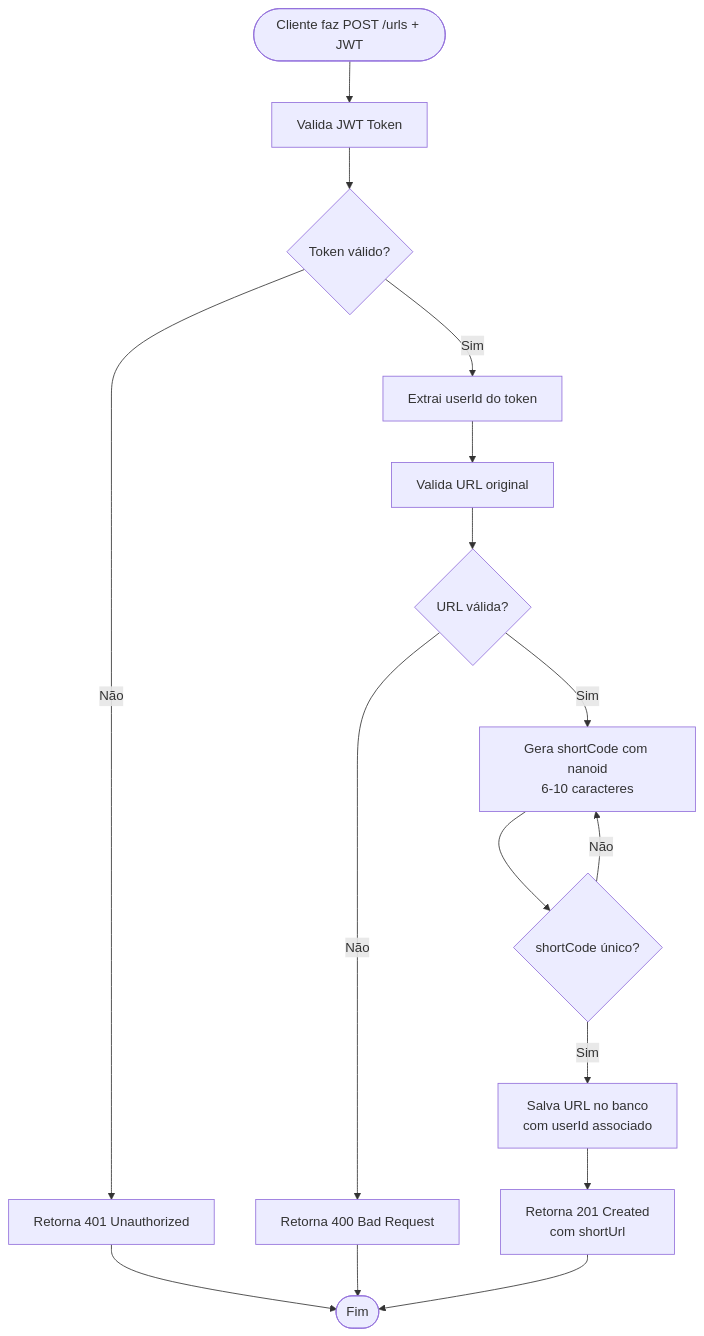
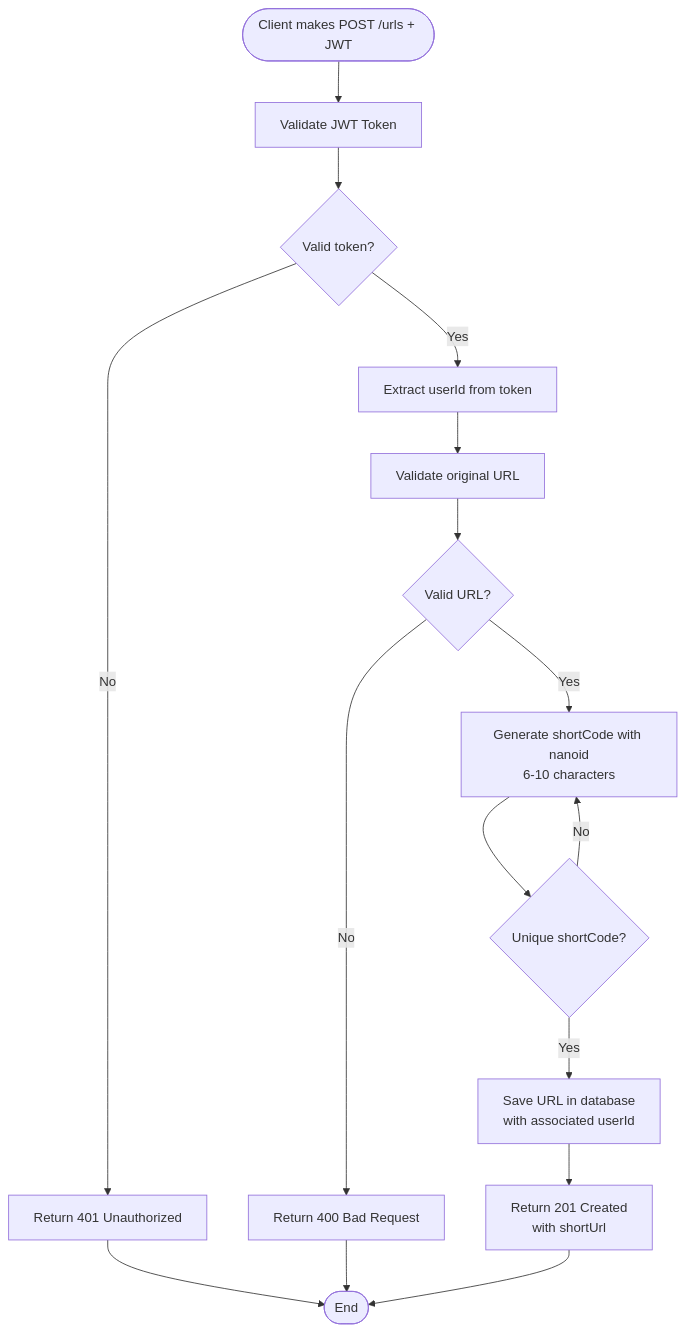
Before and after one commit to TheJoaoRech/url-shortener-api: the second of 4 diagrams in README.md, drawn with Mermaid. The commit also changed other lines of this file, not shown here.

````diff
--- a/README.md
+++ b/README.md
@@ -236,30 +236,30 @@
 ```mermaid
 flowchart TD
-    Start([Cliente faz POST /urls + JWT])
-    A[Valida JWT Token]
-    B{Token válido?}
-    C[Retorna 401 Unauthorized]
-    D[Extrai userId do token]
-    E[Valida URL original]
-    F{URL válida?}
-    G[Retorna 400 Bad Request]
-    H[Gera shortCode com nanoid<br/>6-10 caracteres]
-    I{shortCode único?}
-    J[Salva URL no banco<br/>com userId associado]
-    K[Retorna 201 Created<br/>com shortUrl]
-    End([Fim])
+    Start([Client makes POST /urls + JWT])
+    A[Validate JWT Token]
+    B{Valid token?}
+    C[Return 401 Unauthorized]
+    D[Extract userId from token]
+    E[Validate original URL]
+    F{Valid URL?}
+    G[Return 400 Bad Request]
+    H[Generate shortCode with nanoid<br/>6-10 characters]
+    I{Unique shortCode?}
+    J[Save URL in database<br/>with associated userId]
+    K[Return 201 Created<br/>with shortUrl]
+    End([End])
 
     Start --> A
     A --> B
-    B -->|Não| C --> End
-    B -->|Sim| D
+    B -->|No| C --> End
+    B -->|Yes| D
     D --> E
     E --> F
-    F -->|Não| G --> End
-    F -->|Sim| H
+    F -->|No| G --> End
+    F -->|Yes| H
     H --> I
-    I -->|Não| H
-    I -->|Sim| J
+    I -->|No| H
+    I -->|Yes| J
     J --> K
     K --> End
 ```
````
